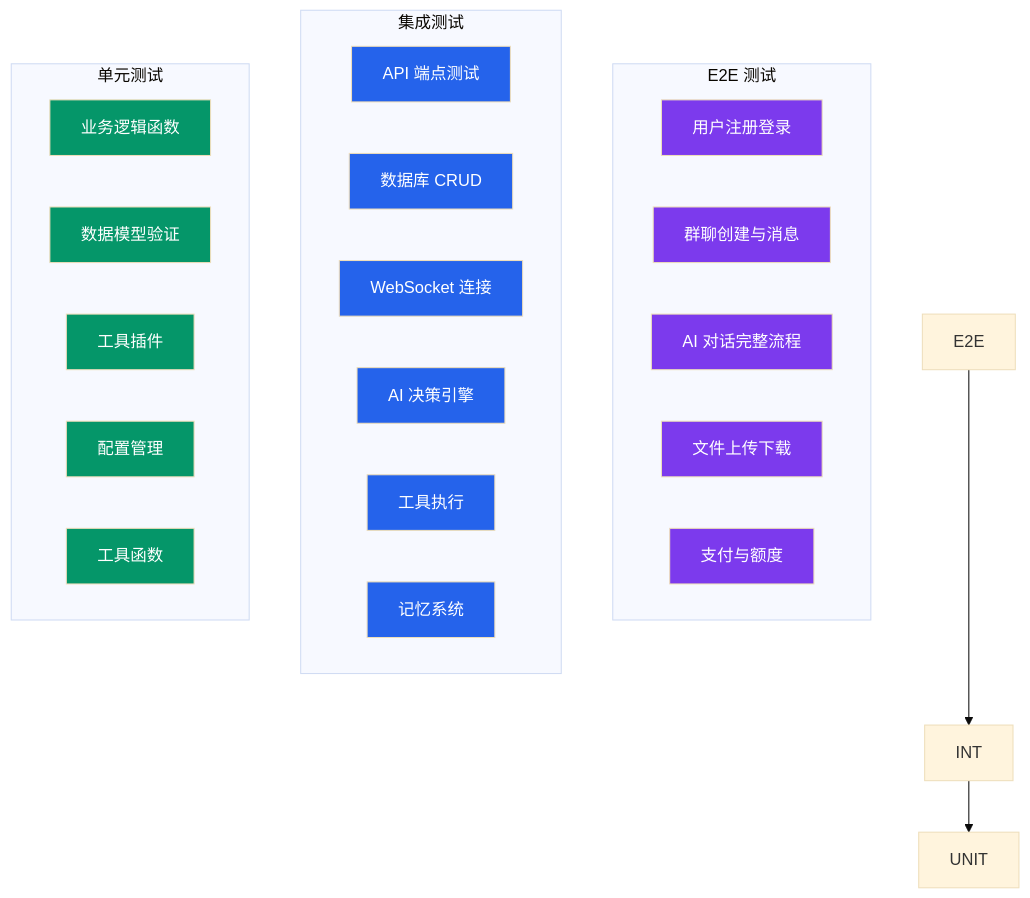
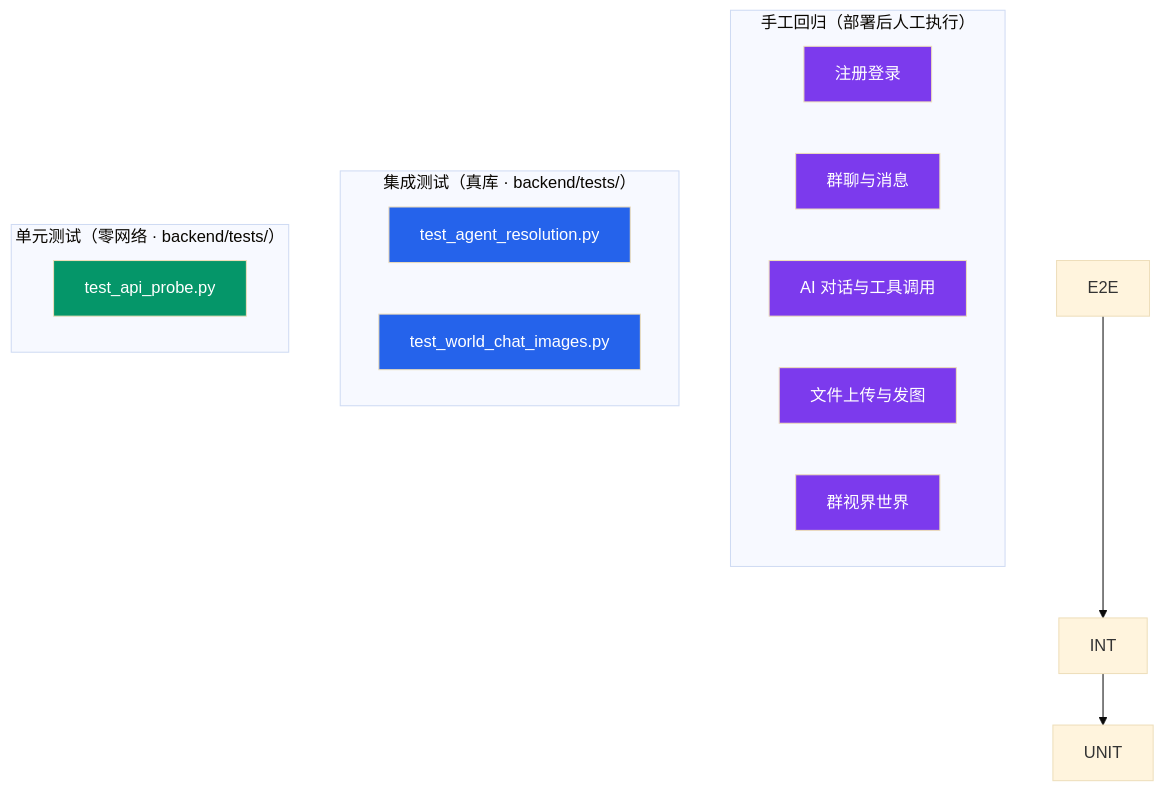
Before and after one commit to Coprexist/AIsChat: the second of 3 diagrams in docs/guides/test_strategy.md, drawn with Mermaid (base theme). The commit also changed other lines of this file and 3 other files, not shown here.

First line of the commit message:
test: 群视界发图链路端到端冒烟（真调 _prepare_world_chat）+ 无 pytest 运行器

````diff
--- a/docs/guides/test_strategy.md
+++ b/docs/guides/test_strategy.md
@@ -82,47 +146,31 @@
 ```mermaid
 graph TD
-    subgraph "E2E 测试"
-        E2E1[用户注册登录]
-        E2E2[群聊创建与消息]
-        E2E3[AI 对话完整流程]
-        E2E4[文件上传下载]
-        E2E5[支付与额度]
+    subgraph "手工回归（部署后人工执行）"
+        E2E1[注册登录]
+        E2E2[群聊与消息]
+        E2E3[AI 对话与工具调用]
+        E2E4[文件上传与发图]
+        E2E5[群视界世界]
     end
-    
-    subgraph "集成测试"
-        INT1[API 端点测试]
-        INT2[数据库 CRUD]
-        INT3[WebSocket 连接]
-        INT4[AI 决策引擎]
-        INT5[工具执行]
-        INT6[记忆系统]
+
+    subgraph "集成测试（真库 · backend/tests/）"
+        INT1[test_agent_resolution.py]
+        INT2[test_world_chat_images.py]
     end
-    
-    subgraph "单元测试"
-        UNIT1[业务逻辑函数]
-        UNIT2[数据模型验证]
-        UNIT3[工具插件]
-        UNIT4[配置管理]
-        UNIT5[工具函数]
+
+    subgraph "单元测试（零网络 · backend/tests/）"
+        UNIT1[test_api_probe.py]
     end
-    
+
     E2E --> INT
     INT --> UNIT
-    
+
     style E2E1 fill:#7c3aed,color:#fff
     style E2E2 fill:#7c3aed,color:#fff
     style E2E3 fill:#7c3aed,color:#fff
     style E2E4 fill:#7c3aed,color:#fff
     style E2E5 fill:#7c3aed,color:#fff
     style INT1 fill:#2563eb,color:#fff
     style INT2 fill:#2563eb,color:#fff
-    style INT3 fill:#2563eb,color:#fff
-    style INT4 fill:#2563eb,color:#fff
-    style INT5 fill:#2563eb,color:#fff
-    style INT6 fill:#2563eb,color:#fff
     style UNIT1 fill:#059669,color:#fff
-    style UNIT2 fill:#059669,color:#fff
-    style UNIT3 fill:#059669,color:#fff
-    style UNIT4 fill:#059669,color:#fff
-    style UNIT5 fill:#059669,color:#fff
 ```
````
